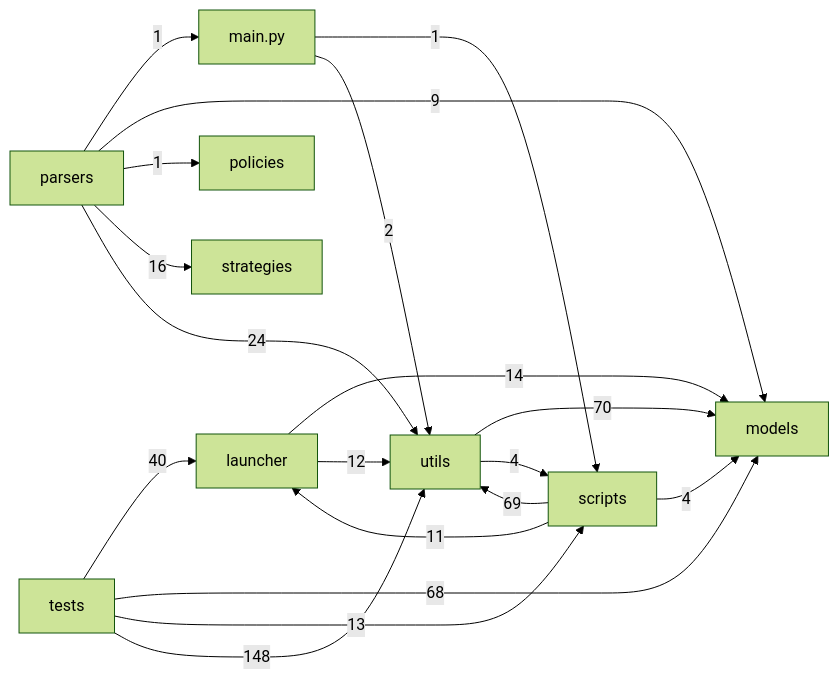
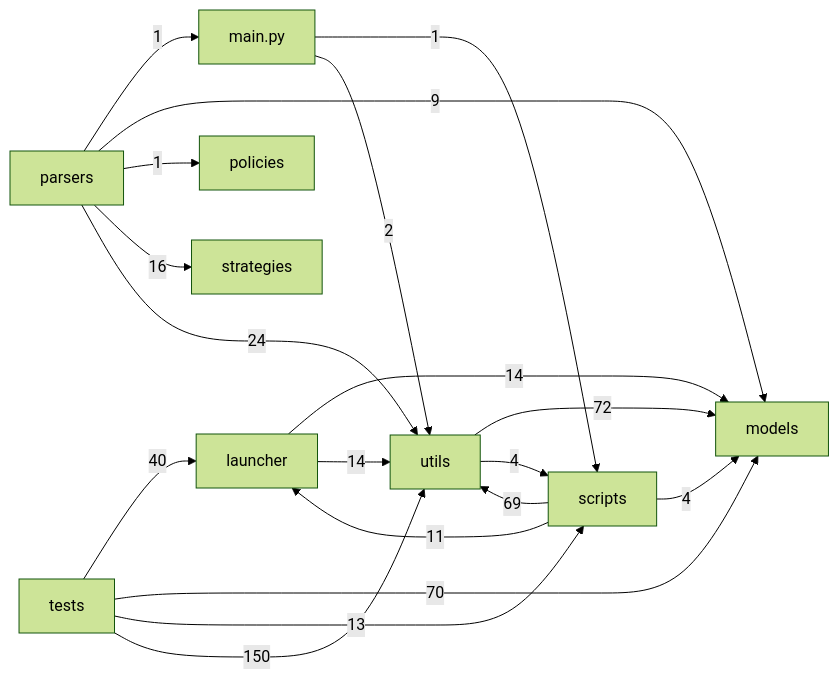
One commit to Lyti4/ParserRIba changed the sixth of 6 diagrams in docs/PROJECT_FILE_FLOW_MAP.md. Above: the diagram before and after it, drawn with Mermaid (forest theme). The commit also changed other lines of this file and 7 other files, not shown here.

````diff
--- a/docs/PROJECT_FILE_FLOW_MAP.md
+++ b/docs/PROJECT_FILE_FLOW_MAP.md
@@ -593,21 +596,21 @@
 ```mermaid
 flowchart LR
   n_launcher[launcher] -->|14| n_models[models]
-  n_launcher[launcher] -->|12| n_utils[utils]
+  n_launcher[launcher] -->|14| n_utils[utils]
   n_main_py[main.py] -->|1| n_scripts[scripts]
   n_main_py[main.py] -->|2| n_utils[utils]
   n_parsers[parsers] -->|1| n_main_py[main.py]
   n_parsers[parsers] -->|9| n_models[models]
   n_parsers[parsers] -->|1| n_policies[policies]
   n_parsers[parsers] -->|16| n_strategies[strategies]
   n_parsers[parsers] -->|24| n_utils[utils]
   n_scripts[scripts] -->|11| n_launcher[launcher]
   n_scripts[scripts] -->|4| n_models[models]
   n_scripts[scripts] -->|69| n_utils[utils]
   n_tests[tests] -->|40| n_launcher[launcher]
-  n_tests[tests] -->|68| n_models[models]
+  n_tests[tests] -->|70| n_models[models]
   n_tests[tests] -->|13| n_scripts[scripts]
-  n_tests[tests] -->|148| n_utils[utils]
-  n_utils[utils] -->|70| n_models[models]
+  n_tests[tests] -->|150| n_utils[utils]
+  n_utils[utils] -->|72| n_models[models]
   n_utils[utils] -->|4| n_scripts[scripts]
 ```
````
